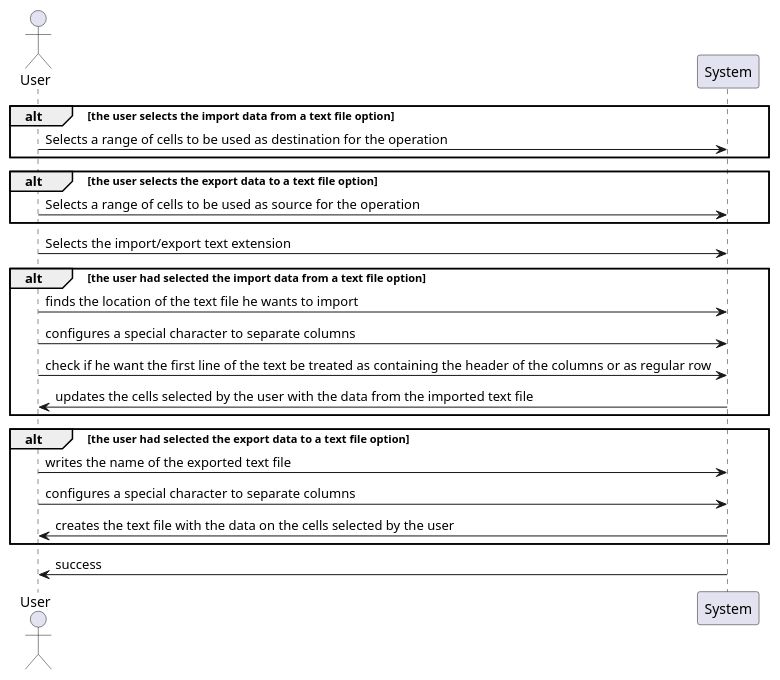
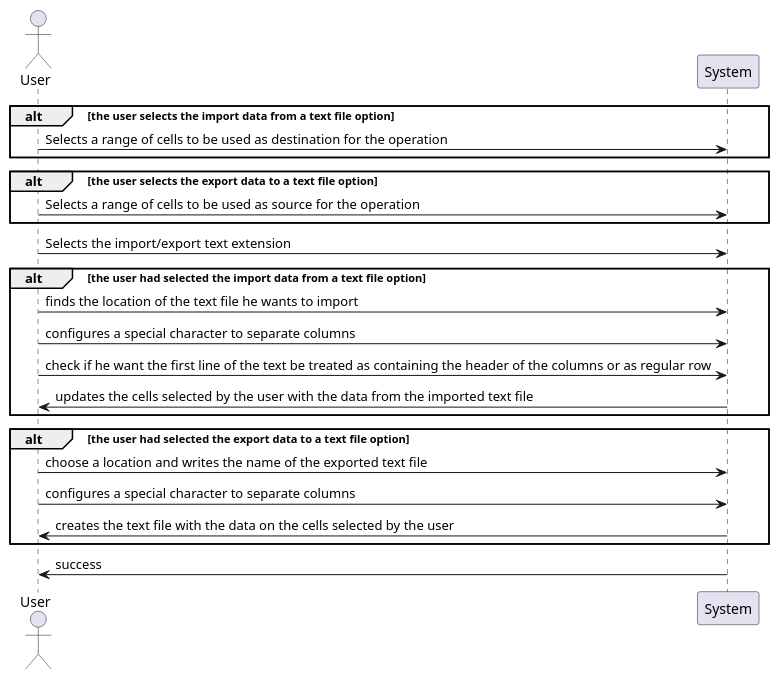
The diagram in src/main/java/lapr4/green/s1/ipc/n1130626/importexporttext/ipc04.1_analysis.puml (PeFerreira98/ISEP.Lic.LAPR4_2017), drawn with PlantUML before and after one commit. The commit also changed 3 other files, not shown here.

```diff
--- a/src/main/java/lapr4/green/s1/ipc/n1130626/importexporttext/ipc04.1_analysis.puml
+++ b/src/main/java/lapr4/green/s1/ipc/n1130626/importexporttext/ipc04.1_analysis.puml
@@ -1,32 +1,32 @@
 @startuml ipc04.1_analysis.png
 
 actor User
 
 participant "System" as s
 
 alt the user selects the import data from a text file option
 User->s: Selects a range of cells to be used as destination for the operation
 end
 
 alt the user selects the export data to a text file option
 User->s: Selects a range of cells to be used as source for the operation
 end
 
 User->s: Selects the import/export text extension
 
 alt the user had selected the import data from a text file option
 User->s: finds the location of the text file he wants to import
 User->s: configures a special character to separate columns
 User->s: check if he want the first line of the text be treated as containing the header of the columns or as regular row
 s->User: updates the cells selected by the user with the data from the imported text file
 end
 
 alt the user had selected the export data to a text file option
-User->s: writes the name of the exported text file
+User->s: choose a location and writes the name of the exported text file
 User->s: configures a special character to separate columns
 s->User: creates the text file with the data on the cells selected by the user
 end
 
 s->User: success
 
 @enduml
```
